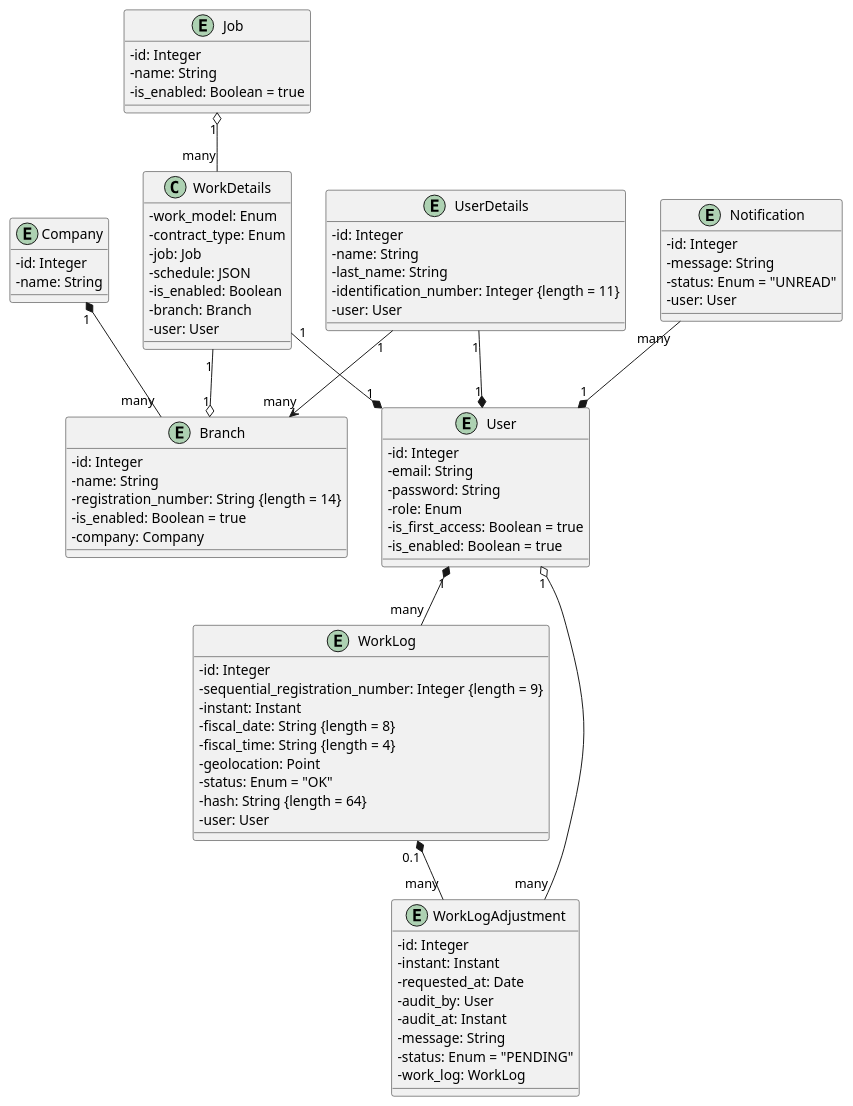
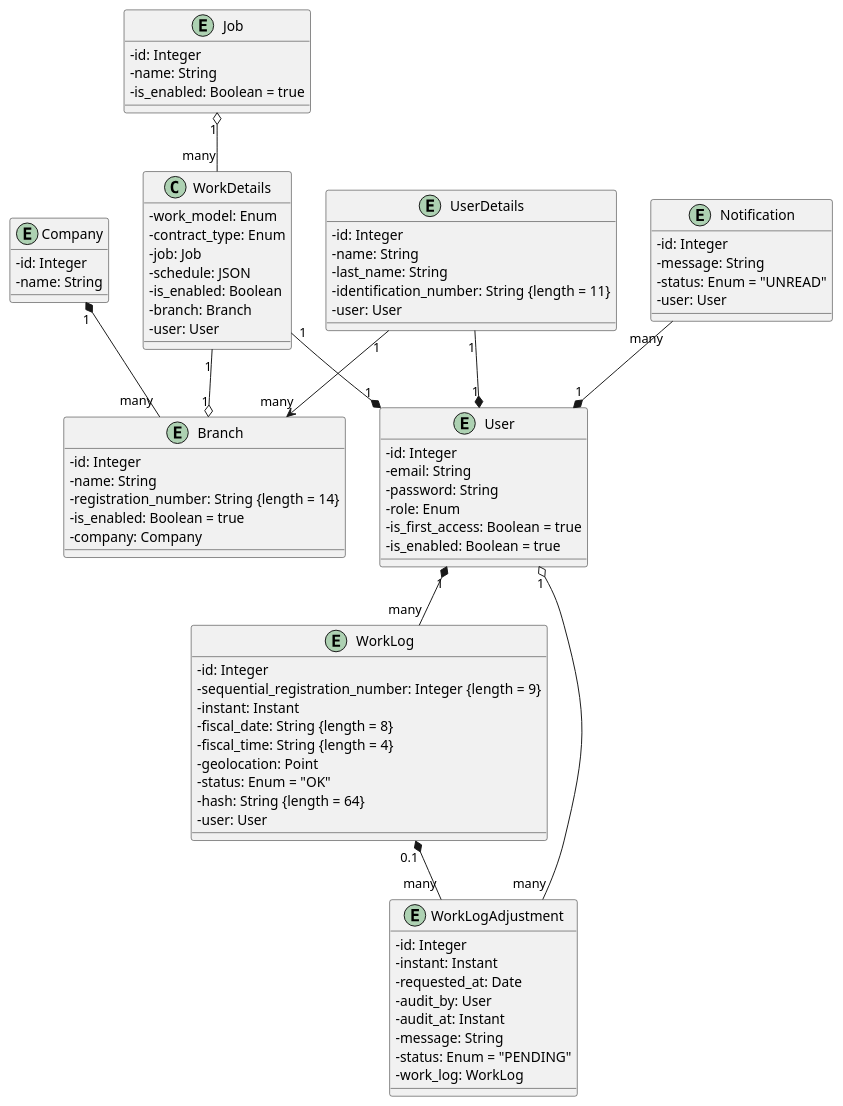
The diagram in docs/diagrams/business.wsd (yamacinelli/elefante), drawn with PlantUML before and after one commit.

Commit message:
docs(business.wsd): adjust type column

```diff
--- a/docs/diagrams/business.wsd
+++ b/docs/diagrams/business.wsd
@@ -1,114 +1,114 @@
 @startuml business
 skinparam classAttributeIconSize 0
 
 ' ===== Job =====
 entity "Job" {
   - id: Integer
   - name: String
   - is_enabled: Boolean = true
 }
 
 ' ===== Work Details =====
 class WorkDetails {
   - work_model: Enum
   - contract_type: Enum
   - job: Job
   - schedule: JSON
   - is_enabled: Boolean
   - branch: Branch
   - user: User
 }
 
 ' ===== Company =====
 entity Company {
   - id: Integer
   - name: String
 }
 
 ' ===== Branch =====
 entity Branch {
   - id: Integer
   - name: String
   - registration_number: String {length = 14}
   - is_enabled: Boolean = true
   - company: Company
 }
 
 ' ===== User Details =====
 entity UserDetails {
   - id: Integer
   - name: String
   - last_name: String
-  - identification_number: Integer {length = 11}
+  - identification_number: String {length = 11}
   - user: User
 }
 
 ' ===== User =====
 entity User {
   - id: Integer
   - email: String
   - password: String
   - role: Enum
   - is_first_access: Boolean = true
   - is_enabled: Boolean = true
 }
 
 ' ===== Work Log =====
 entity WorkLog {
   - id: Integer
   - sequential_registration_number: Integer {length = 9}
   - instant: Instant
   - fiscal_date: String {length = 8}
   - fiscal_time: String {length = 4}
   - geolocation: Point
   - status: Enum = "OK"
   - hash: String {length = 64}
   - user: User
 }
 
 ' ===== Work Log Adjustment =====
 entity WorkLogAdjustment {
   - id: Integer
   - instant: Instant
   - requested_at: Date
   - audit_by: User
   - audit_at: Instant
   - message: String
   - status: Enum = "PENDING"
   - work_log: WorkLog
 }
 
 ' ===== Notification =====
 entity Notification {
   - id: Integer
   - message: String
   - status: Enum = "UNREAD"
   - user: User
 }
 
 ' ===== Relationships =====
 
 ' Job
 Job "1" o-- "many" WorkDetails
 
 ' Company
 Company "1" *-- "many" Branch
 
 ' UserDetails
 UserDetails "1" --* "1" User
 UserDetails "1" --> "many" Branch
 
 ' Notification
 Notification "many" --* "1" User
 
 ' WorkDetails
 WorkDetails "1" --o "1" Branch
 WorkDetails "1" --* "1" User
 
 ' WorkLog
 User "1" *-- "many" WorkLog
 WorkLog "0.1" *-- "many" WorkLogAdjustment
 
 ' WorkLogAdjustment
 WorkLogAdjustment "many" --o "1" User
 @enduml
```
